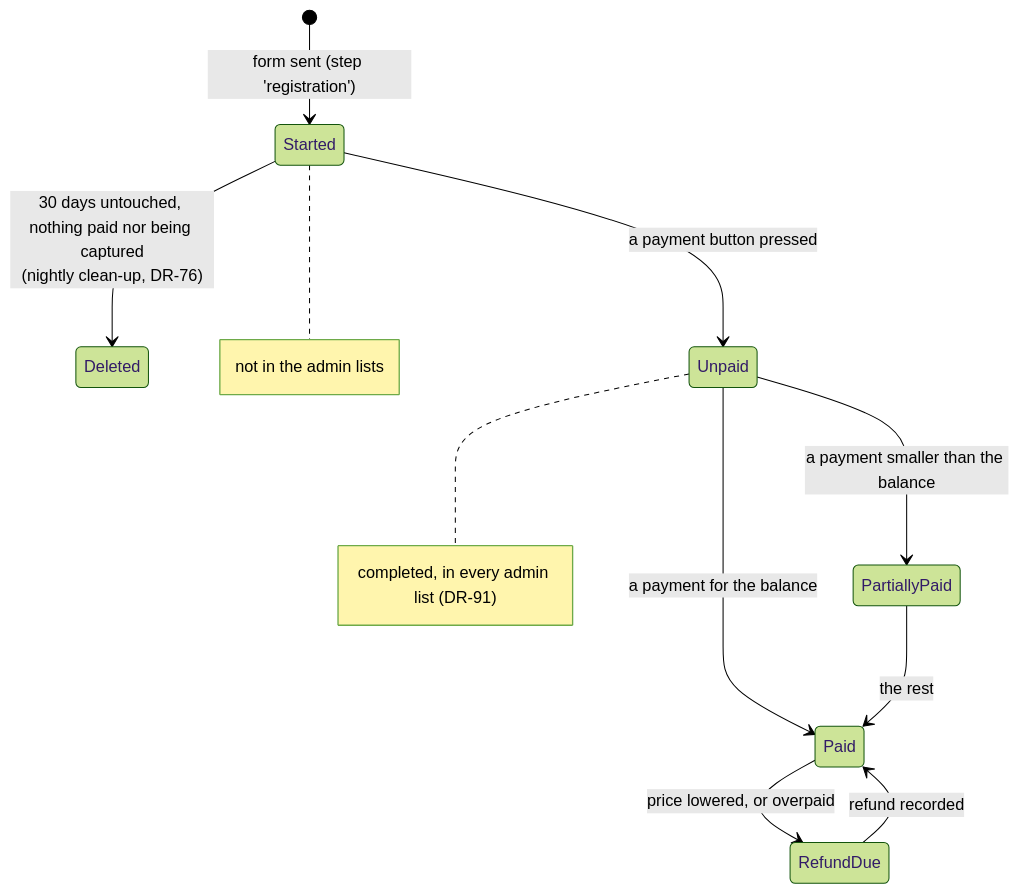
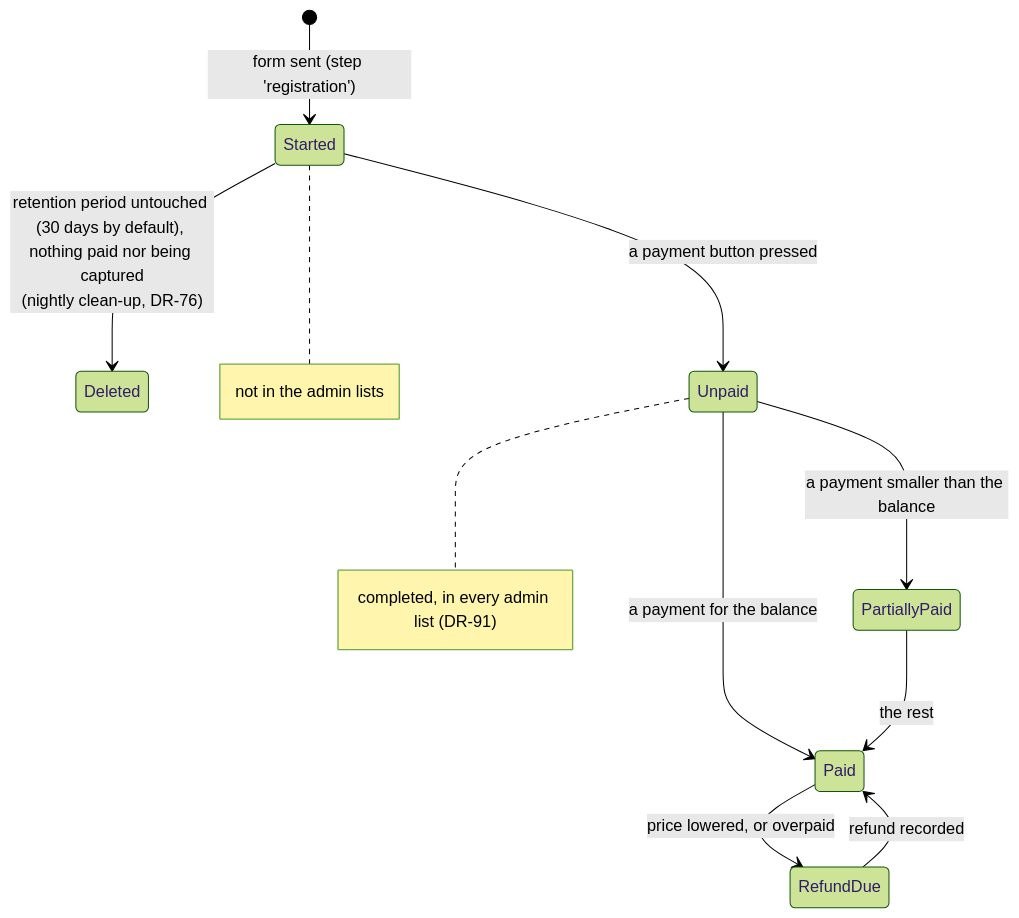
One commit to camphoric/camphoric changed the second of 12 diagrams in doc/payments.md. Above: the diagram before and after it, drawn with Mermaid (forest theme). The commit also changed 17 other files, not shown here.

````diff
--- a/doc/payments.md
+++ b/doc/payments.md
@@ -116,13 +116,13 @@
 ```mermaid
 stateDiagram-v2
     [*] --> Started: form sent (step 'registration')
-    Started --> Deleted: 30 days untouched, nothing paid nor being captured<br/>(nightly clean-up, DR-76)
+    Started --> Deleted: retention period untouched (30 days by default), nothing paid nor being captured<br/>(nightly clean-up, DR-76)
     Started --> Unpaid: a payment button pressed
     Unpaid --> PartiallyPaid: a payment smaller than the balance
     Unpaid --> Paid: a payment for the balance
     PartiallyPaid --> Paid: the rest
     Paid --> RefundDue: price lowered, or overpaid
     RefundDue --> Paid: refund recorded
     note right of Started : not in the admin lists
     note right of Unpaid : completed, in every admin list (DR-91)
 ```
````
